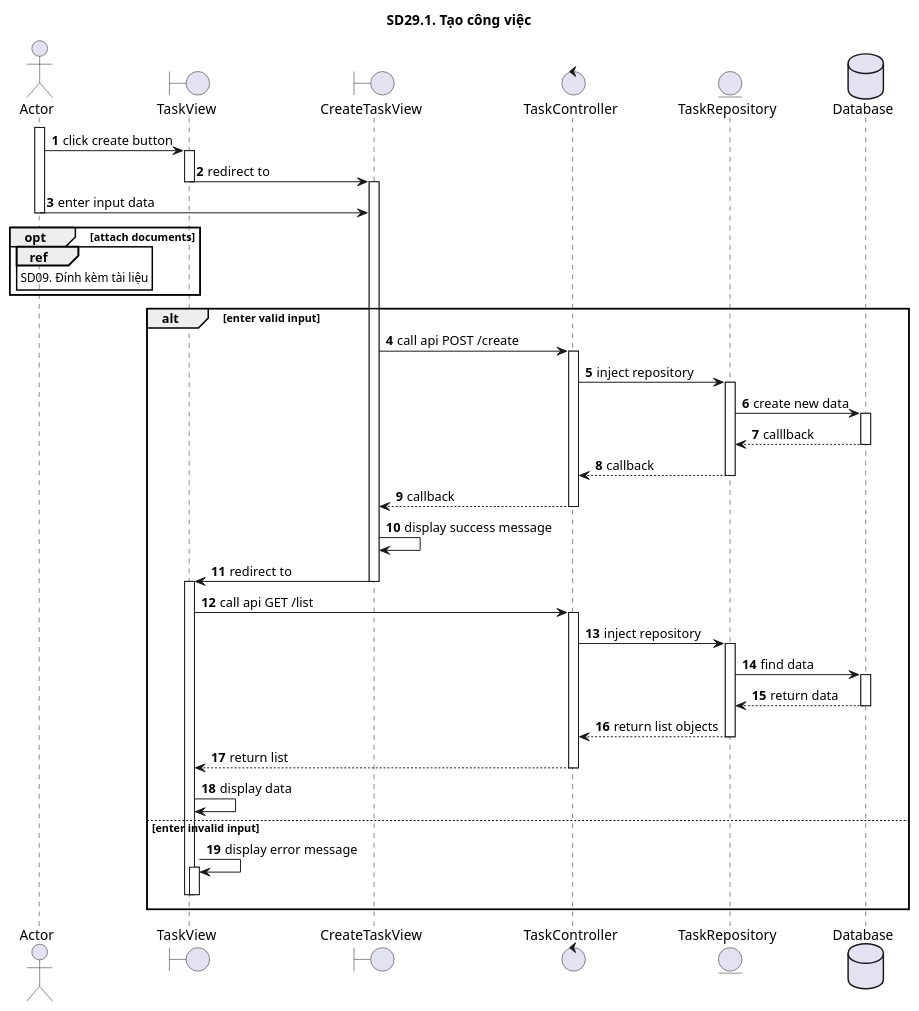
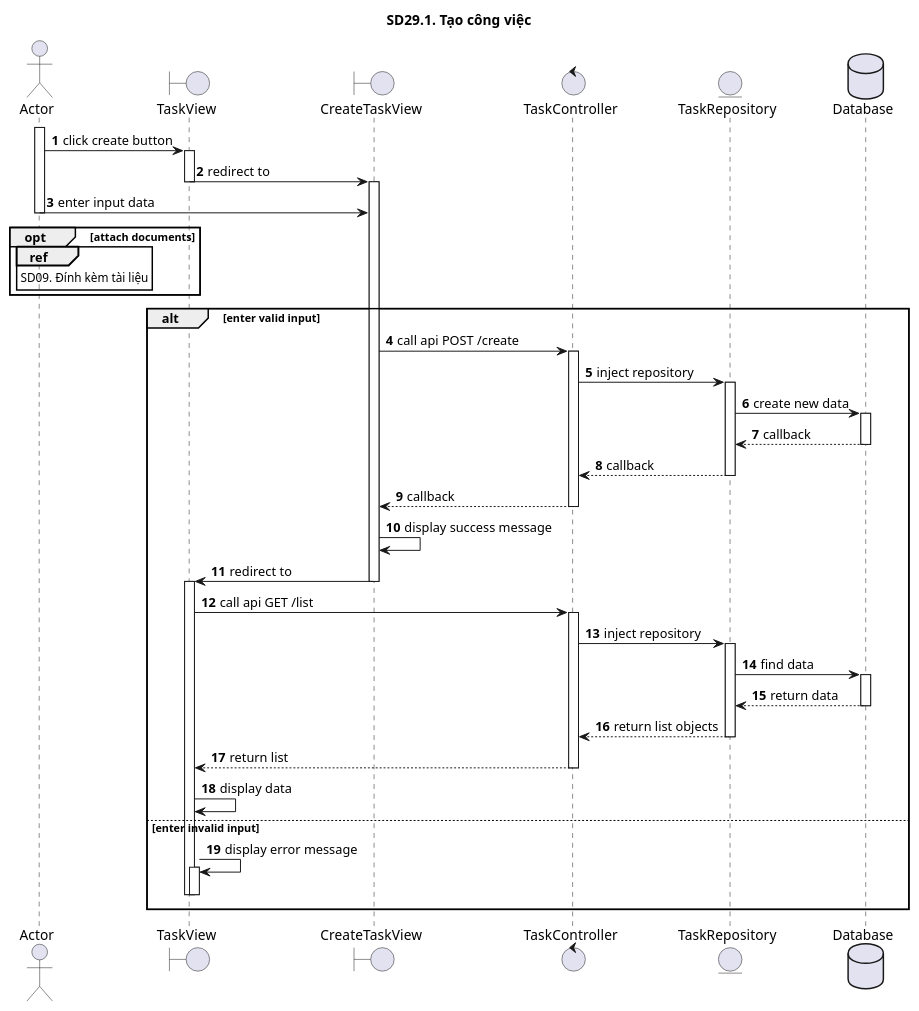
Before and after one commit to ITZ-Developers/Finance-UML: the diagram in 29_QuanLyCongViec/sd29.1.puml, drawn with PlantUML. The commit also changed 6 other files, not shown here.

```diff
--- a/29_QuanLyCongViec/sd29.1.puml
+++ b/29_QuanLyCongViec/sd29.1.puml
@@ -1,59 +1,59 @@
 @startuml SQ
 autonumber
 title SD29.1. Tạo công việc
 actor "Actor" as actor
 boundary "TaskView" as view
 boundary "CreateTaskView" as create
 control "TaskController" as controller
 entity "TaskRepository" as model
 database "Database" as database
 activate actor
 actor -> view: click create button
 activate view
 view -> create: redirect to
 deactivate view
 activate create
 actor -> create: enter input data
 deactivate actor
 opt attach documents
 ref over actor
 SD09. Đính kèm tài liệu
 end ref
 end
 alt enter valid input
 create -> controller: call api POST /create
 activate controller
 controller -> model: inject repository
 activate model
 model -> database: create new data
 activate database
-database --> model: calllback
+database --> model: callback
 deactivate database
 model --> controller: callback
 deactivate model
 controller --> create: callback
 deactivate controller
 create -> create: display success message
 create -> view: redirect to
 deactivate create
 activate view
 view -> controller: call api GET /list
 activate controller
 controller -> model: inject repository
 activate model
 model -> database: find data
 activate database
 database --> model: return data
 deactivate database
 model --> controller: return list objects
 deactivate model
 controller --> view: return list
 deactivate controller
 view -> view: display data
 else enter invalid input
 view -> view: display error message
 activate view
 deactivate view
 deactivate view
 end
 @enduml
```
